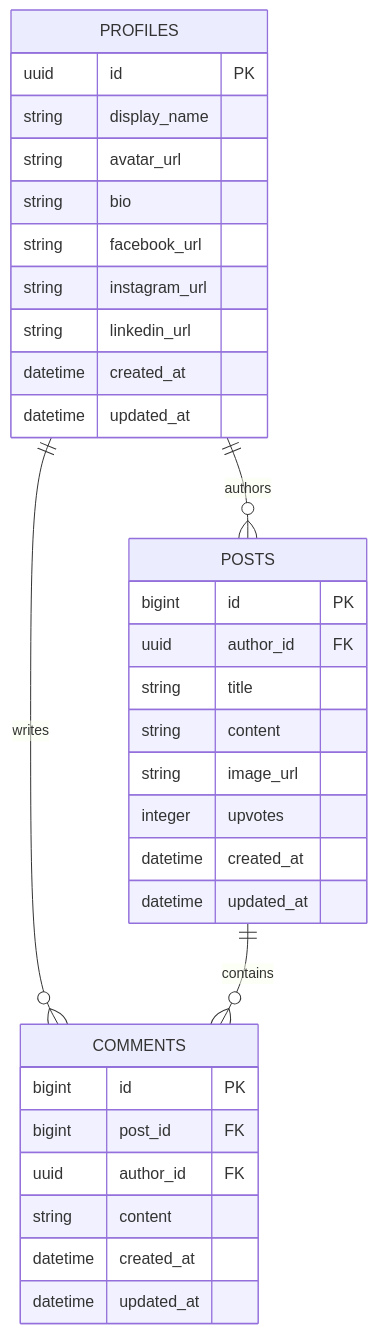
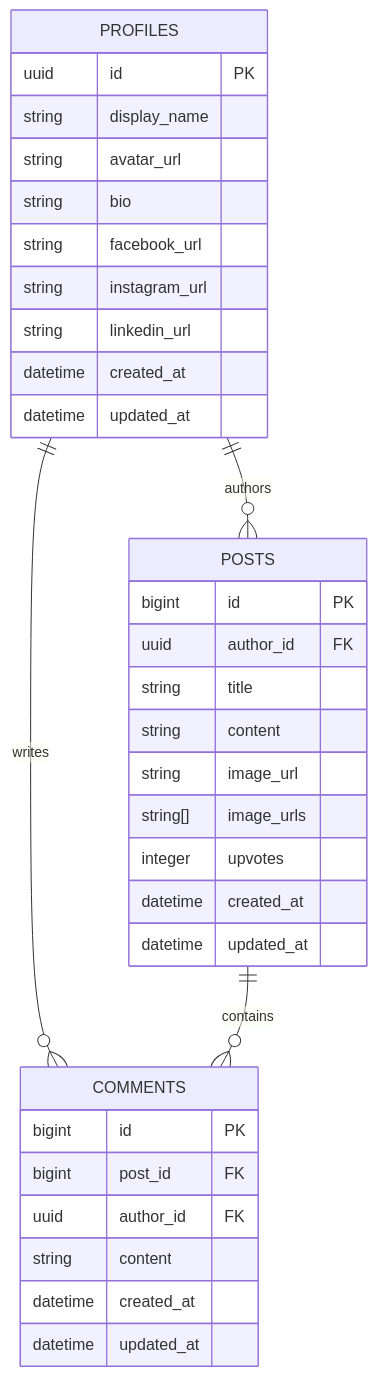
Before and after one commit to MinhThien-Pham/Volunteer-Social-Hub: the diagram in docs/02-data-model-and-erd.md, drawn with Mermaid. The commit also changed other lines of this file and 5 other files, not shown here.

````diff
--- a/docs/02-data-model-and-erd.md
+++ b/docs/02-data-model-and-erd.md
@@ -393,38 +411,39 @@
 ```mermaid
 erDiagram
     PROFILES ||--o{ POSTS : authors
     PROFILES ||--o{ COMMENTS : writes
     POSTS ||--o{ COMMENTS : contains
 
     PROFILES {
         uuid id PK
         string display_name
         string avatar_url
         string bio
         string facebook_url
         string instagram_url
         string linkedin_url
         datetime created_at
         datetime updated_at
     }
 
     POSTS {
         bigint id PK
         uuid author_id FK
         string title
         string content
         string image_url
+        string[] image_urls
         integer upvotes
         datetime created_at
         datetime updated_at
     }
 
     COMMENTS {
         bigint id PK
         bigint post_id FK
         uuid author_id FK
         string content
         datetime created_at
         datetime updated_at
     }
 ```
````
